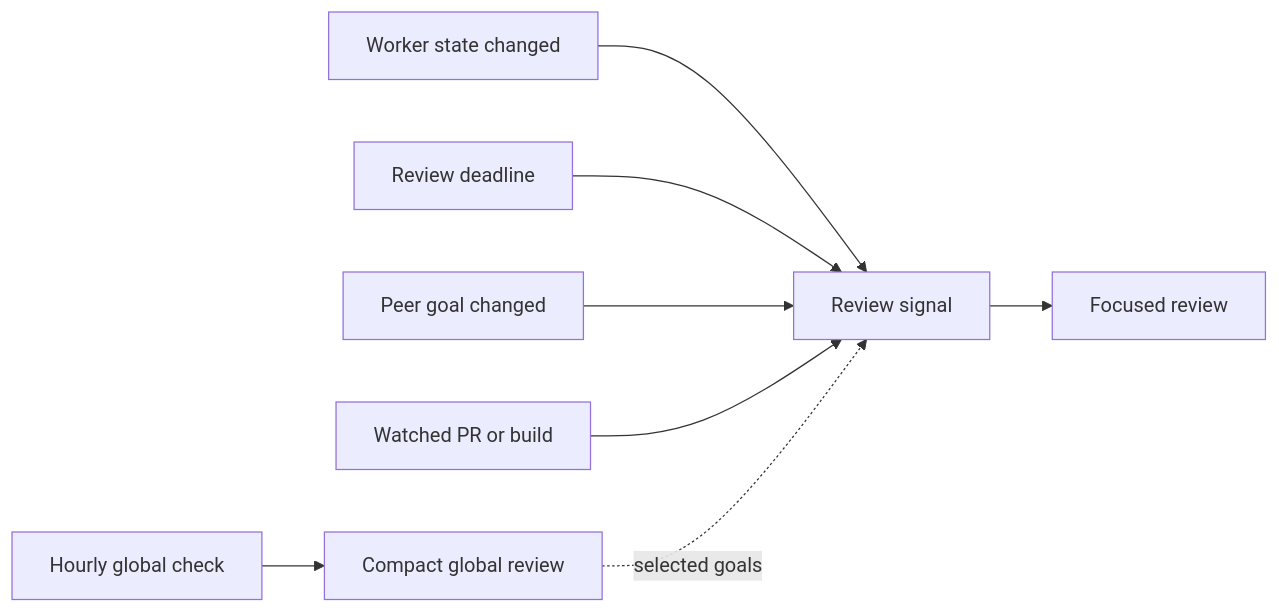
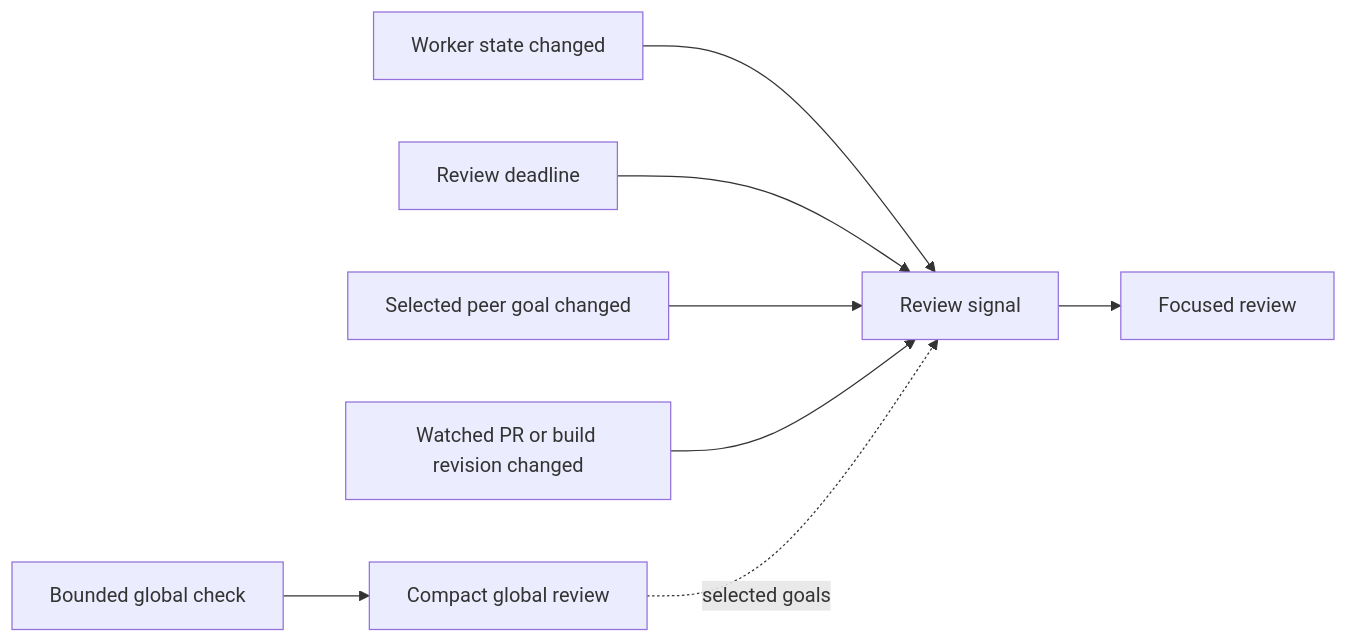
One commit to hao1939/herdr-supervisor changed the second of 4 diagrams in docs/design.md. Above: the diagram before and after it, drawn with Mermaid. The commit also changed other lines of this file and 2 other files, not shown here.

Commit message:
refine architecture and pending-work guidance

````diff
--- a/docs/design.md
+++ b/docs/design.md
@@ -114,10 +115,10 @@
 ```mermaid
 flowchart LR
     A[Worker state changed] --> Q[Review signal]
     B[Review deadline] --> Q
-    C[Peer goal changed] --> Q
-    D[Watched PR or build] --> Q
+    C[Selected peer goal changed] --> Q
+    D[Watched PR or build revision changed] --> Q
     Q --> R[Focused review]
-    E[Hourly global check] --> G[Compact global review]
+    E[Bounded global check] --> G[Compact global review]
     G -. selected goals .-> Q
 ```
````
